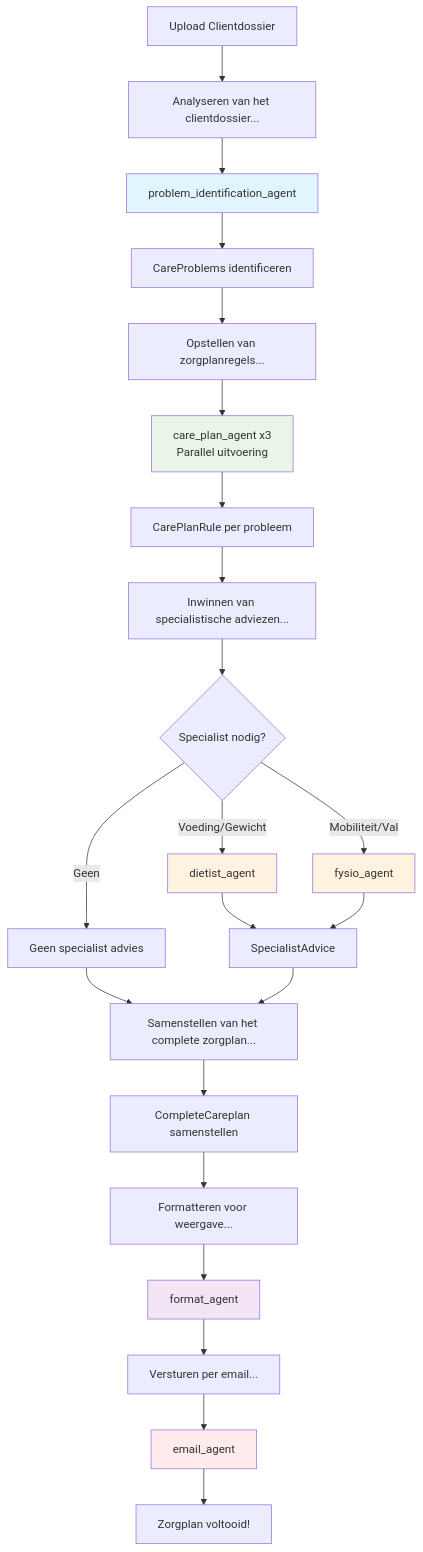
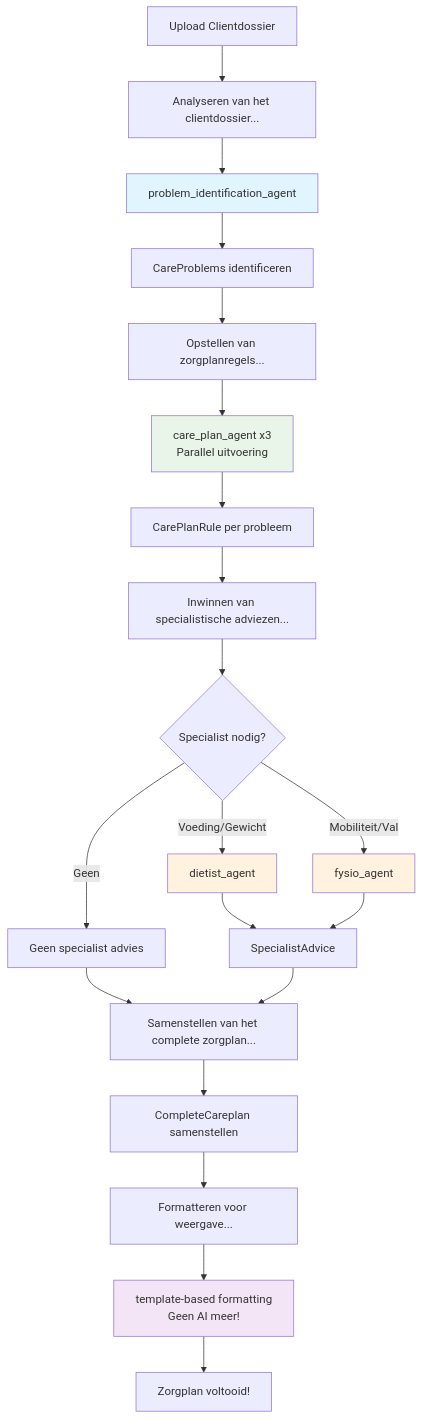
One commit to ekrombouts/zorgplan changed the diagram in utils/mermaid.md. Above: the diagram before and after it, drawn with Mermaid. The commit also changed 13 other files, not shown here.

Commit message:
Updated care plan generation: removed email functionality and changed formatting from AI to a simple function

````diff
--- a/utils/mermaid.md
+++ b/utils/mermaid.md
@@ -1,31 +1,28 @@
 ```mermaid
 flowchart TD
     A[Upload Clientdossier] --> B[Analyseren van het clientdossier...]
     B --> C[problem_identification_agent]
     C --> D[CareProblems identificeren]
     D --> E[Opstellen van zorgplanregels...]
     E --> F[care_plan_agent x3<br/>Parallel uitvoering]
     F --> G[CarePlanRule per probleem]
     G --> H[Inwinnen van specialistische adviezen...]
     H --> I{Specialist nodig?}
     I -->|Voeding/Gewicht| J[dietist_agent]
     I -->|Mobiliteit/Val| K[fysio_agent]
     I -->|Geen| L[Geen specialist advies]
     J --> M[SpecialistAdvice]
     K --> M
     L --> N[Samenstellen van het complete zorgplan...]
     M --> N
     N --> O[CompleteCareplan samenstellen]
     O --> P[Formatteren voor weergave...]
-    P --> Q[format_agent]
-    Q --> R[Versturen per email...]
-    R --> S[email_agent]
-    S --> T[Zorgplan voltooid!]
+    P --> Q[template-based formatting<br/>Geen AI meer!]
+    Q --> T[Zorgplan voltooid!]
     
     style C fill:#e1f5fe
     style F fill:#e8f5e8
     style J fill:#fff3e0
     style K fill:#fff3e0
     style Q fill:#f3e5f5
-    style S fill:#ffebee
 ```
````
